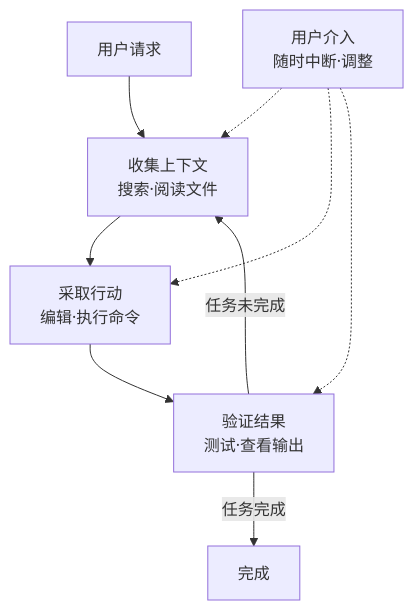
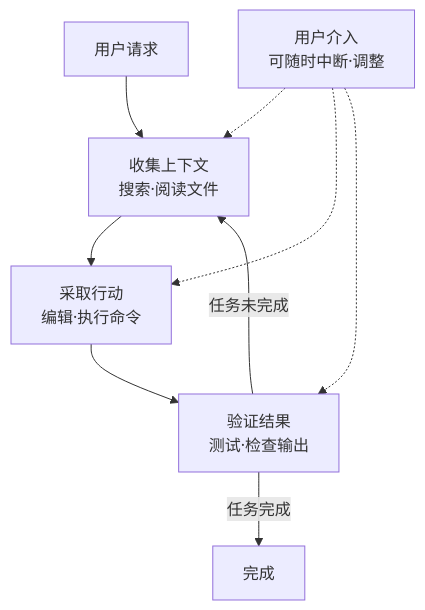
One commit to modu-ai/moai-adk changed the diagram in docs-site/content/zh/claude-code/foundations/how-claude-code-works.md. Above: the diagram before and after it, drawn with Mermaid. The commit also changed other lines of this file and 395 other files, not shown here.

````diff
--- a/docs-site/content/zh/claude-code/foundations/how-claude-code-works.md
+++ b/docs-site/content/zh/claude-code/foundations/how-claude-code-works.md
@@ -38,11 +38,11 @@
 ```mermaid
 flowchart TD
     A[用户请求] --> B[收集上下文<br/>搜索·阅读文件]
     B --> C[采取行动<br/>编辑·执行命令]
-    C --> D[验证结果<br/>测试·查看输出]
+    C --> D[验证结果<br/>测试·检查输出]
     D -->|任务未完成| B
     D -->|任务完成| E[完成]
-    F[用户介入<br/>随时中断·调整] -.-> B
+    F[用户介入<br/>可随时中断·调整] -.-> B
     F -.-> C
     F -.-> D
 ```
````
